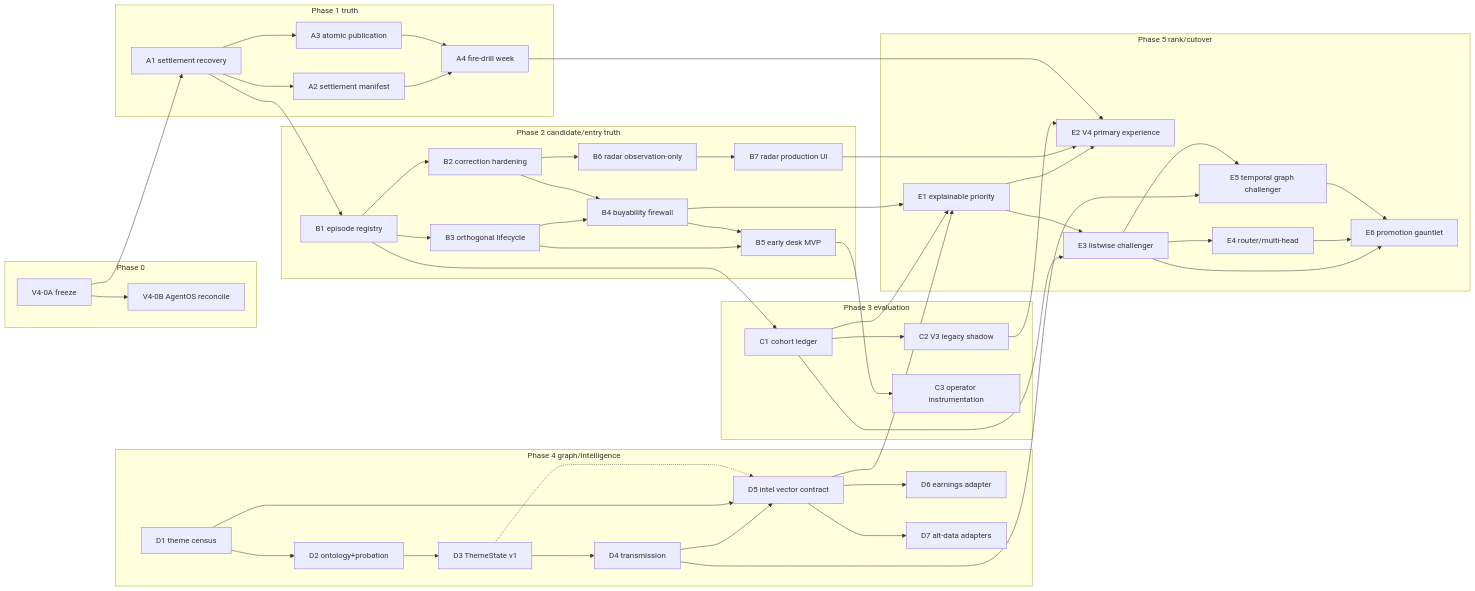
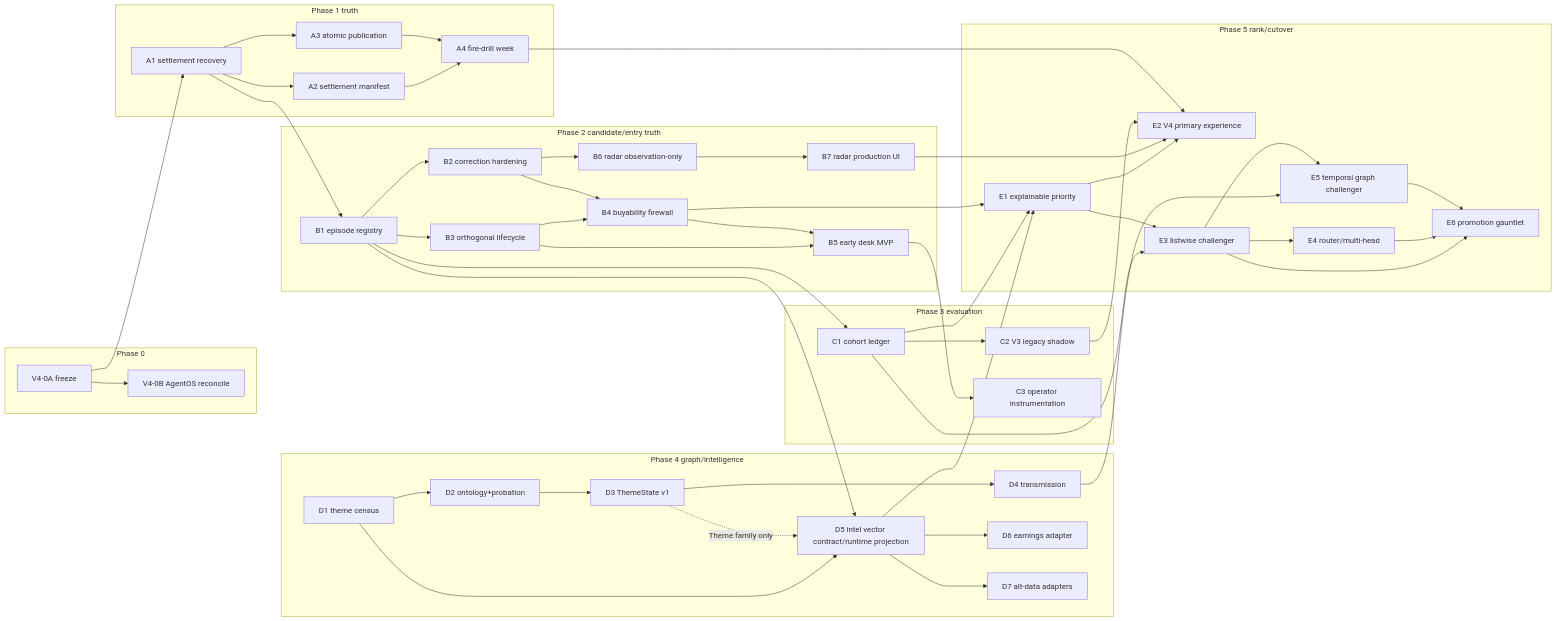
One commit to chriswong6031-creator/macro changed the diagram in research/prophet_v4/WAVE_GRAPH_AND_MERGE_ORDER.md. Above: the diagram before and after it, drawn with Mermaid. The commit also changed other lines of this file, not shown here.

Commit message:
research(prophet): reconcile D5 wave graph boundaries

````diff
--- a/research/prophet_v4/WAVE_GRAPH_AND_MERGE_ORDER.md
+++ b/research/prophet_v4/WAVE_GRAPH_AND_MERGE_ORDER.md
@@ -26,53 +29,54 @@
 ```mermaid
 graph LR
   subgraph P0[Phase 0]
     A0A[V4-0A freeze] --> A0B[V4-0B AgentOS reconcile]
   end
   subgraph P1[Phase 1 truth]
     A1[A1 settlement recovery] --> A2[A2 settlement manifest]
     A1 --> A3[A3 atomic publication]
     A2 --> A4[A4 fire-drill week]
     A3 --> A4
   end
   subgraph P2[Phase 2 candidate/entry truth]
     B1[B1 episode registry] --> B2[B2 correction hardening]
     B1 --> B3[B3 orthogonal lifecycle]
     B3 --> B4[B4 buyability firewall]
     B2 --> B4
     B3 --> B5[B5 early desk MVP]
     B4 --> B5
     B2 --> B6[B6 radar observation-only]
     B6 --> B7[B7 radar production UI]
   end
   subgraph P3[Phase 3 evaluation]
     B1 --> C1[C1 cohort ledger]
     C1 --> C2[C2 V3 legacy shadow]
     B5 --> C3[C3 operator instrumentation]
   end
   subgraph P4[Phase 4 graph/intelligence]
-    D1[D1 theme census] --> D2[D2 ontology+probation] --> D3[D3 ThemeState v1] --> D4[D4 transmission] --> D5[D5 intel vector contract]
+    D1[D1 theme census] --> D2[D2 ontology+probation] --> D3[D3 ThemeState v1] --> D4[D4 transmission]
+    D1 --> D5[D5 intel vector contract/runtime projection]
+    B1 --> D5
+    D3 -. Theme family only .-> D5
     D5 --> D6[D6 earnings adapter]
     D5 --> D7[D7 alt-data adapters]
   end
   subgraph P5[Phase 5 rank/cutover]
     B4 --> E1[E1 explainable priority]
     D5 --> E1
     C1 --> E1
     E1 --> E2[E2 V4 primary experience]
     B7 --> E2
     C2 --> E2
     A4 --> E2
     C1 --> E3[E3 listwise challenger]
     E1 --> E3
     E3 --> E4[E4 router/multi-head]
     D4 --> E5[E5 temporal graph challenger]
     E3 --> E5
     E3 --> E6[E6 promotion gauntlet]
     E4 --> E6
     E5 --> E6
   end
   A0A --> A1
   A1 --> B1
-  D1 --> D5
-  D3 -.-> D5
 ```
````
